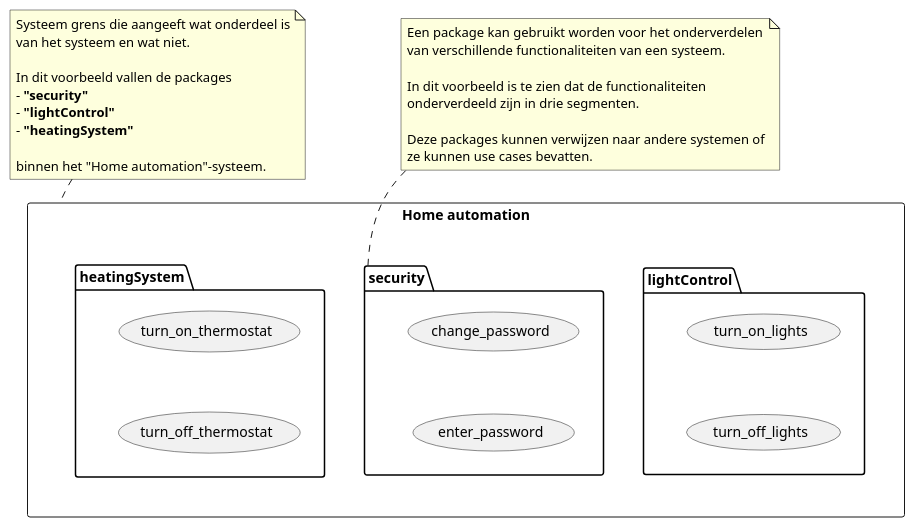
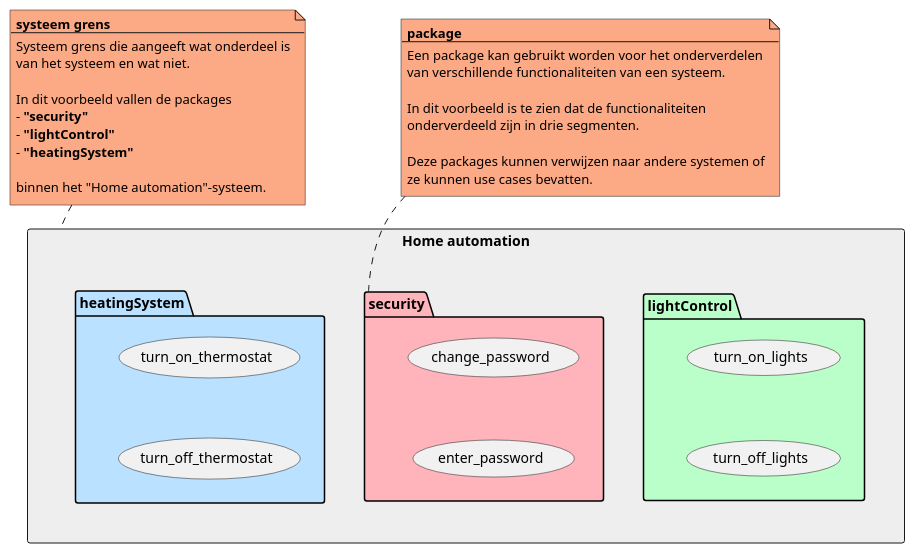
Before and after one commit to LukevLuijn/cheat_sheet_osm_mo: the diagram in plantuml/use_case/packages.puml, drawn with PlantUML. The commit also changed 28 other files, not shown here.

Commit message:
[cheat-sheet] added colors to all diagrams #2.

```diff
--- a/plantuml/use_case/packages.puml
+++ b/plantuml/use_case/packages.puml
@@ -1,58 +1,62 @@
 @startuml
 'https://plantuml.com/use-case-diagram
 
-rectangle r1 as "Home automation" {
+rectangle r1 as "Home automation" #EEEEEE{
 
-    package "security" as r1_p1{
+    package "security" as r1_p1 #FFB3BA {
        usecase change_password as p1_uc1
        usecase enter_password as p1_uc2
        p1_uc1 -[hidden]down-> p1_uc2
     }
 
-    package "lightControl" as r1_p2{
+    package "lightControl" as r1_p2 #BAFFC9 {
         usecase turn_on_lights as p2_uc1
         usecase turn_off_lights as p2_uc2
         p2_uc1 -[hidden]down-> p2_uc2
     }
 
-    package "heatingSystem" as r1_p3 {
+    package "heatingSystem" as r1_p3 #BAE1FF {
         usecase turn_on_thermostat as p3_uc1
         usecase turn_off_thermostat as p3_uc2
          p3_uc1 -[hidden]down-> p3_uc2
     }
 
     r1_p1 -[hidden]right-> r1_p2
     r1_p2 -[hidden]right-> r1_p3
 }
 
 'note top of r1
-note as n1
-Systeem grens die aangeeft wat onderdeel is
-van het systeem en wat niet.
+note as n1 #FCA985
+    **systeem grens**
+    --
+    Systeem grens die aangeeft wat onderdeel is
+    van het systeem en wat niet.
 
-In dit voorbeeld vallen de packages
-- **"security"**
-- **"lightControl"**
-- **"heatingSystem"**
+    In dit voorbeeld vallen de packages
+    - **"security"**
+    - **"lightControl"**
+    - **"heatingSystem"**
 
-binnen het "Home automation"-systeem.
+    binnen het "Home automation"-systeem.
 end note
 
-note as n2
-Een package kan gebruikt worden voor het onderverdelen
-van verschillende functionaliteiten van een systeem.
+note as n2 #FCA985
+    **package**
+    --
+    Een package kan gebruikt worden voor het onderverdelen
+    van verschillende functionaliteiten van een systeem.
 
-In dit voorbeeld is te zien dat de functionaliteiten
-onderverdeeld zijn in drie segmenten.
+    In dit voorbeeld is te zien dat de functionaliteiten
+    onderverdeeld zijn in drie segmenten.
 
-Deze packages kunnen verwijzen naar andere systemen of
-ze kunnen use cases bevatten.
+    Deze packages kunnen verwijzen naar andere systemen of
+    ze kunnen use cases bevatten.
 end note
 
 n1 .. r1
 n1 .[hidden]. r1_p1
 
 n2 .. r1_p1
 n2 .[hidden]. r1_p2
 
 @enduml
```
